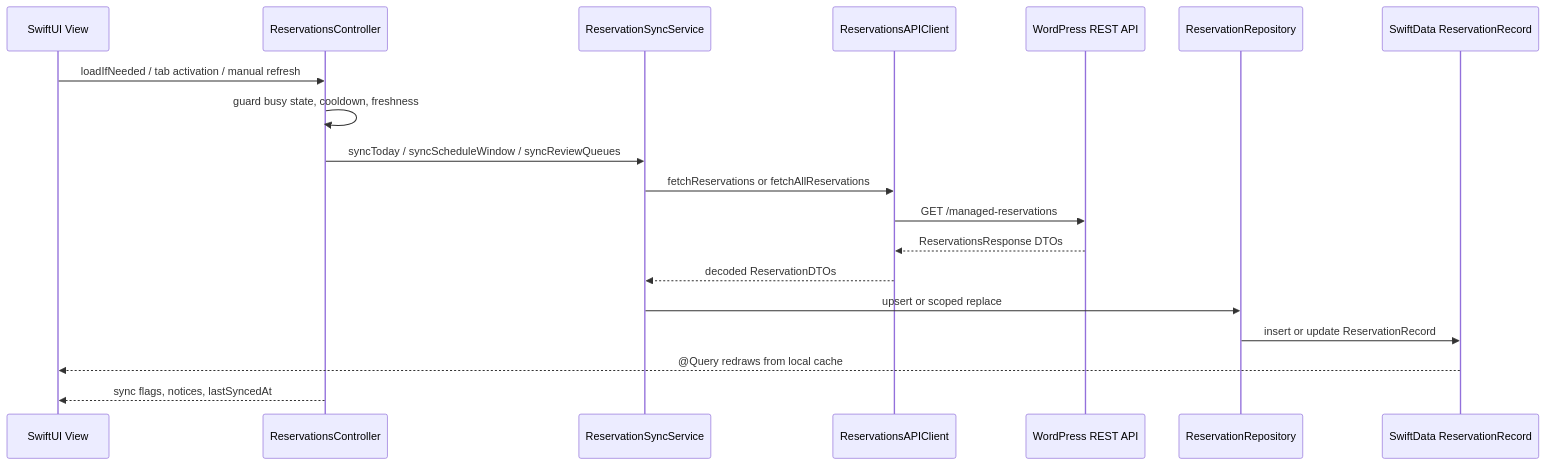
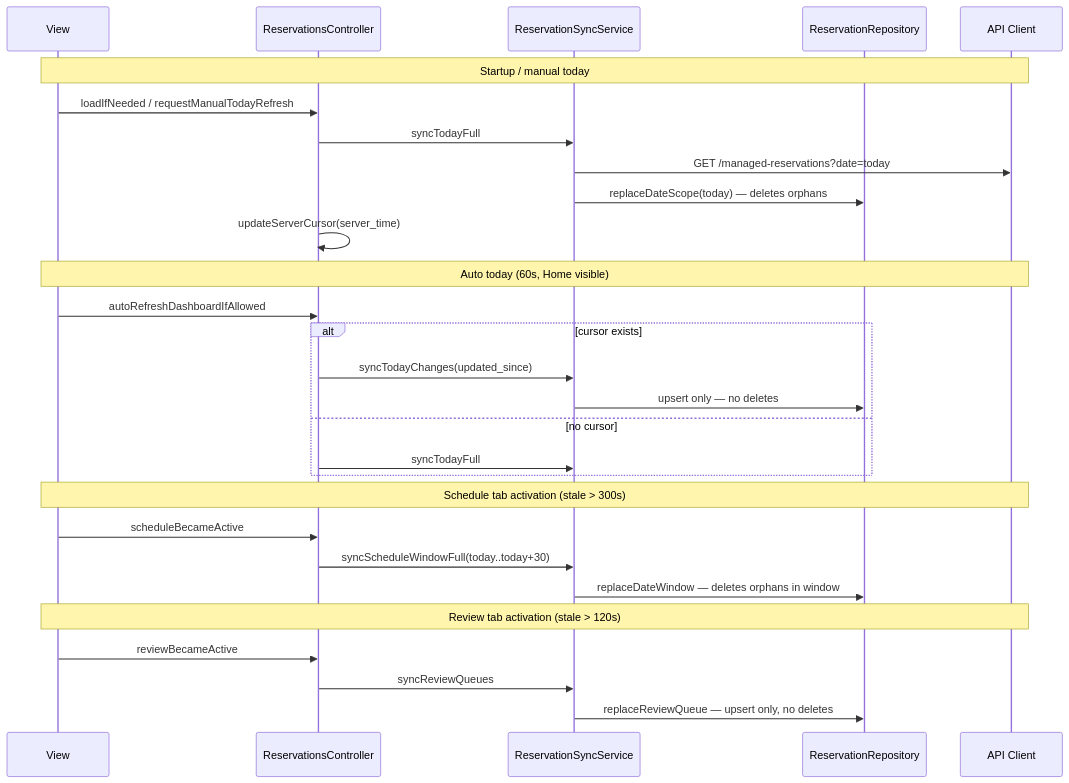
One commit to bohdan462/Reservation-iOS-App changed the fourth of 11 diagrams in ARCHITECTURE_DIAGRAMS.md. Above: the diagram before and after it, drawn with Mermaid. The commit also changed other lines of this file and 17 other files, not shown here.

````diff
--- a/ARCHITECTURE_DIAGRAMS.md
+++ b/ARCHITECTURE_DIAGRAMS.md
@@ -105,22 +132,34 @@
 ```mermaid
 sequenceDiagram
-    participant View as SwiftUI View
-    participant Controller as ReservationsController
-    participant Sync as ReservationSyncService
-    participant API as ReservationsAPIClient
-    participant WP as WordPress REST API
-    participant Repo as ReservationRepository
-    participant Cache as SwiftData ReservationRecord
+    participant V as View
+    participant C as ReservationsController
+    participant S as ReservationSyncService
+    participant R as ReservationRepository
+    participant API as API Client
 
-    View->>Controller: loadIfNeeded / tab activation / manual refresh
-    Controller->>Controller: guard busy state, cooldown, freshness
-    Controller->>Sync: syncToday / syncScheduleWindow / syncReviewQueues
-    Sync->>API: fetchReservations or fetchAllReservations
-    API->>WP: GET /managed-reservations
-    WP-->>API: ReservationsResponse DTOs
-    API-->>Sync: decoded ReservationDTOs
-    Sync->>Repo: upsert or scoped replace
-    Repo->>Cache: insert or update ReservationRecord
-    Cache-->>View: @Query redraws from local cache
-    Controller-->>View: sync flags, notices, lastSyncedAt
+    Note over V,API: Startup / manual today
+    V->>C: loadIfNeeded / requestManualTodayRefresh
+    C->>S: syncTodayFull
+    S->>API: GET /managed-reservations?date=today
+    S->>R: replaceDateScope(today) — deletes orphans
+    C->>C: updateServerCursor(server_time)
+
+    Note over V,API: Auto today (60s, Home visible)
+    V->>C: autoRefreshDashboardIfAllowed
+    alt cursor exists
+        C->>S: syncTodayChanges(updated_since)
+        S->>R: upsert only — no deletes
+    else no cursor
+        C->>S: syncTodayFull
+    end
+
+    Note over V,API: Schedule tab activation (stale > 300s)
+    V->>C: scheduleBecameActive
+    C->>S: syncScheduleWindowFull(today..today+30)
+    S->>R: replaceDateWindow — deletes orphans in window
+
+    Note over V,API: Review tab activation (stale > 120s)
+    V->>C: reviewBecameActive
+    C->>S: syncReviewQueues
+    S->>R: replaceReviewQueue — upsert only, no deletes
 ```
````
